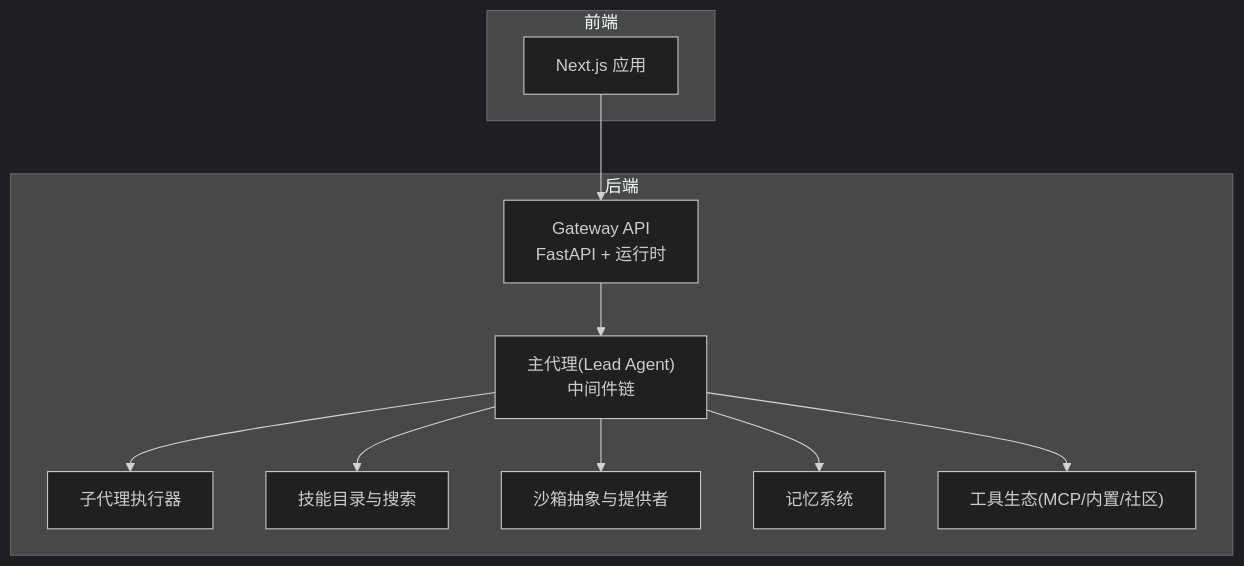
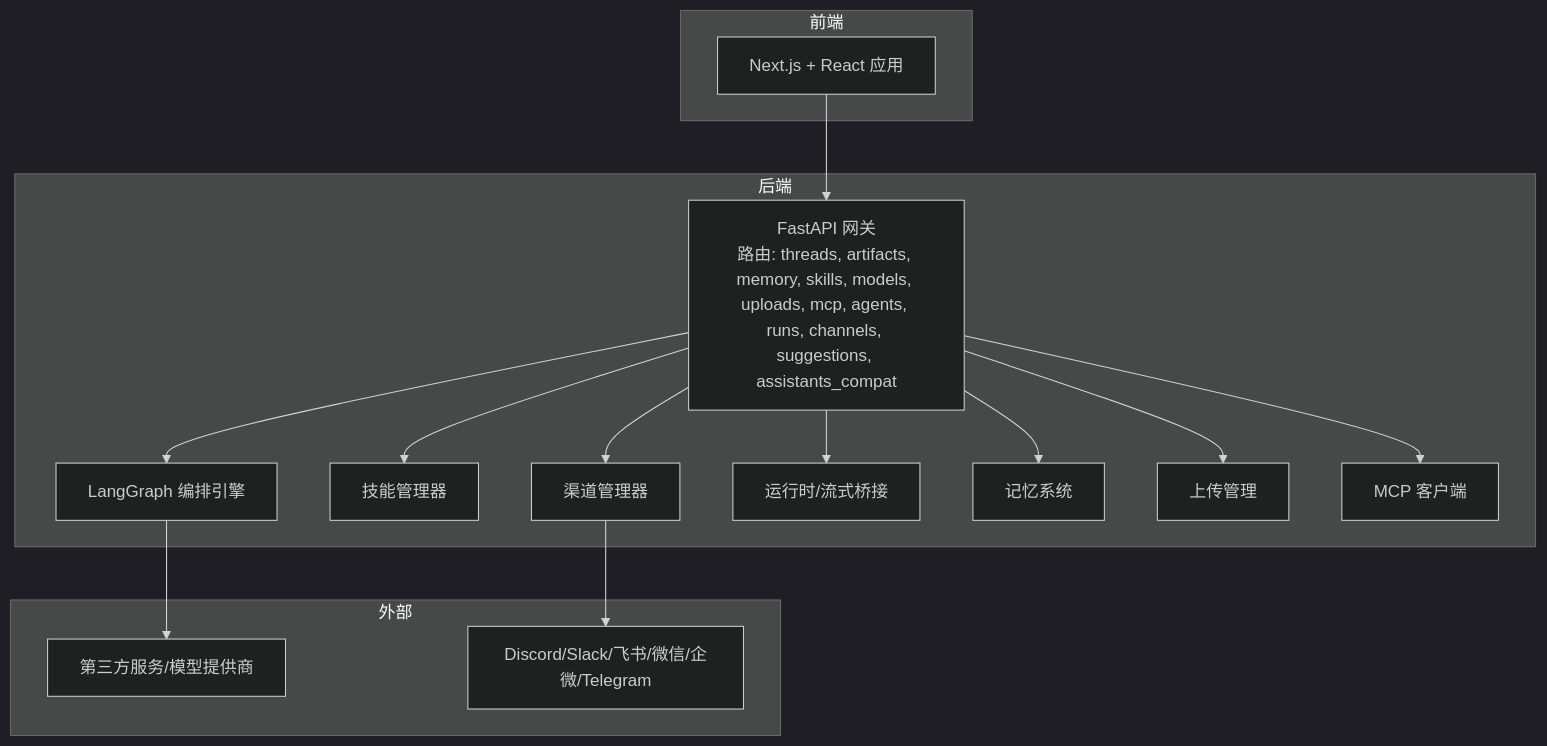
Before and after one commit to xfbyxq/deer-flow: the first of 6 diagrams in .qoder/repowiki/zh/content/项目概述/项目概述.md, drawn with Mermaid (dark theme). The commit also changed other lines of this file and 621 other files, not shown here.

````diff
--- a/.qoder/repowiki/zh/content/项目概述/项目概述.md
+++ b/.qoder/repowiki/zh/content/项目概述/项目概述.md
@@ -39,22 +77,30 @@
 ```mermaid
 graph TB
 subgraph "前端"
-FE["Next.js 应用"]
+FE["Next.js + React 应用"]
 end
 subgraph "后端"
-GW["Gateway API<br/>FastAPI + 运行时"]
-AG["主代理(Lead Agent)<br/>中间件链"]
-SA["子代理执行器"]
-SK["技能目录与搜索"]
-SB["沙箱抽象与提供者"]
+GW["FastAPI 网关<br/>路由: threads, artifacts, memory, skills, models, uploads, mcp, agents, runs, channels, suggestions, assistants_compat"]
+LG["LangGraph 编排引擎"]
+SK["技能管理器"]
+CH["渠道管理器"]
+RT["运行时/流式桥接"]
 MEM["记忆系统"]
-TOOLS["工具生态(MCP/内置/社区)"]
+UPL["上传管理"]
+MCP["MCP 客户端"]
+end
+subgraph "外部"
+EXT["第三方服务/模型提供商"]
+CHS["Discord/Slack/飞书/微信/企微/Telegram"]
 end
 FE --> GW
-GW --> AG
-AG --> SA
-AG --> SK
-AG --> SB
-AG --> MEM
-AG --> TOOLS
+GW --> LG
+GW --> SK
+GW --> CH
+GW --> RT
+GW --> MEM
+GW --> UPL
+GW --> MCP
+LG --> EXT
+CH --> CHS
 ```
````
